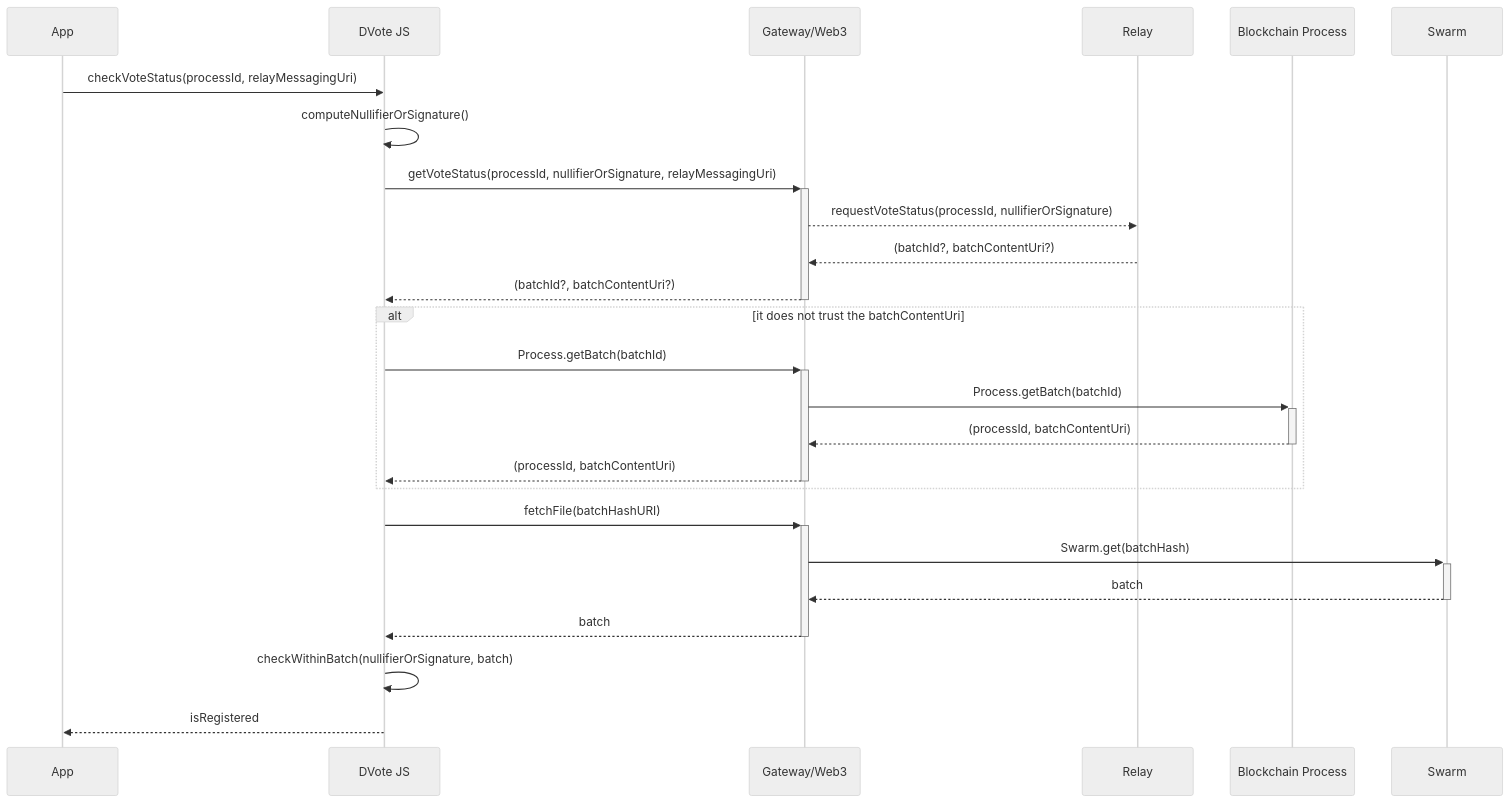
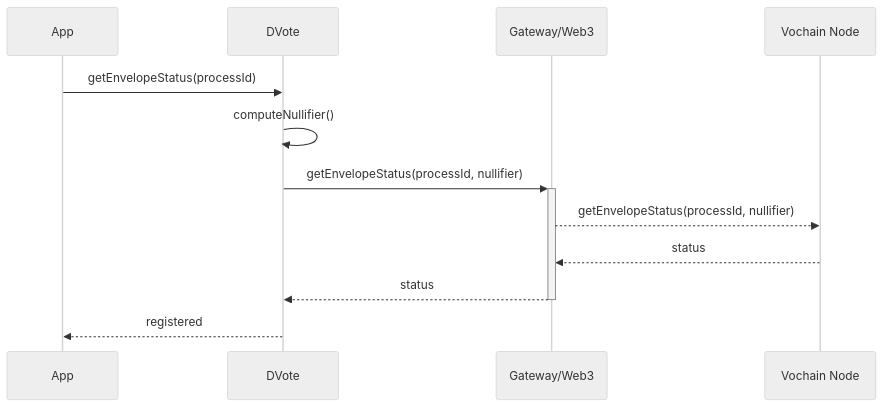
One commit to vocdoni/docs changed the eighth of 10 diagrams in docs/architecture/sequence-diagrams.md. Above: the diagram before and after it, drawn with Mermaid (neutral theme). The commit also changed other lines of this file, not shown here.

Commit message:
Sequence diagrams

````diff
--- a/docs/architecture/sequence-diagrams.md
+++ b/docs/architecture/sequence-diagrams.md
@@ -414,38 +329,20 @@
 ```mermaid
 sequenceDiagram
     participant App
-    participant DV as DVote JS
+    participant DV as DVote
     participant GW as Gateway/Web3
-    participant RL as Relay
-    participant BC as Blockchain Process
-    participant SW as Swarm
+    participant VN as Vochain Node
 
-    App->>DV: checkVoteStatus(processId, relayMessagingUri)
+    App->>DV: getEnvelopeStatus(processId)
 
-        DV->>DV: computeNullifierOrSignature()
+        DV->>DV: computeNullifier()
 
-        DV->>+GW: getVoteStatus(processId, nullifierOrSignature, relayMessagingUri)
+        DV->>+GW: getEnvelopeStatus(processId, nullifier)
 
-            GW-->>RL: requestVoteStatus(processId, nullifierOrSignature)
-            RL-->>GW: (batchId?, batchContentUri?)
+            GW-->>VN: getEnvelopeStatus(processId, nullifier)
+            VN-->>GW: status
 
-        GW-->>-DV: (batchId?, batchContentUri?)
+        GW-->>-DV: status
 
-        alt it does not trust the batchContentUri
-
-            DV->>+GW: Process.getBatch(batchId)
-            GW->>+BC: Process.getBatch(batchId)
-            BC-->>-GW: (processId, batchContentUri)
-            GW-->>-DV: (processId, batchContentUri)
-
-        end
-
-        DV->>+GW: fetchFile(batchHashURI)
-        GW->>+SW: Swarm.get(batchHash)
-        SW-->>-GW: batch
-        GW-->>-DV: batch
-
-        DV->>DV: checkWithinBatch(nullifierOrSignature, batch)
-
-    DV-->>App: isRegistered
+    DV-->>App: registered
 ```
````
